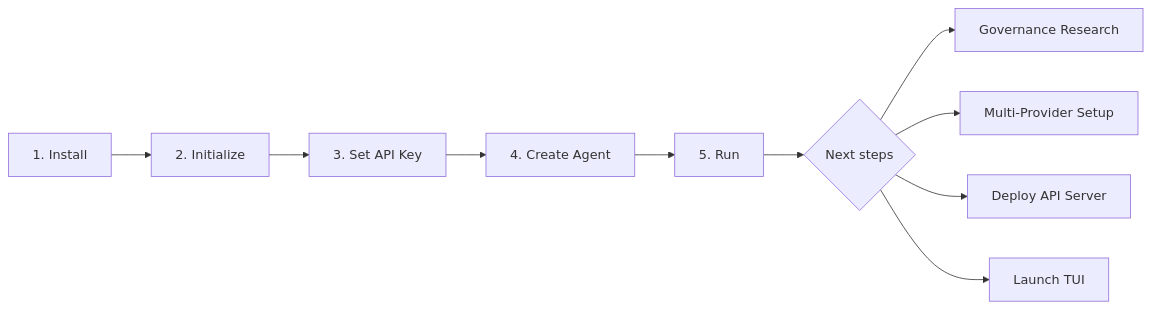
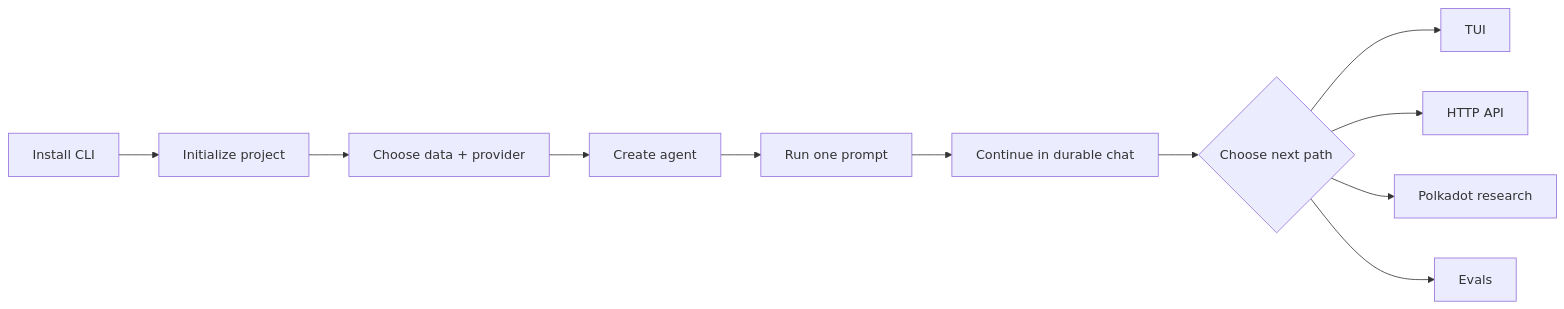
The first of 4 diagrams in docs/getting-started.md (wpank/polkagent), drawn with Mermaid before and after one commit. The commit also changed other lines of this file and 18 other files, not shown here.

````diff
--- a/docs/getting-started.md
+++ b/docs/getting-started.md
@@ -8,12 +12,13 @@
 ```mermaid
 flowchart LR
-    A["1. Install"] --> B["2. Initialize"]
-    B --> C["3. Set API Key"]
-    C --> D["4. Create Agent"]
-    D --> E["5. Run"]
-    E --> F{Next steps}
-    F --> G["Governance Research"]
-    F --> H["Multi-Provider Setup"]
-    F --> I["Deploy API Server"]
-    F --> J["Launch TUI"]
+    INSTALL["Install CLI"] --> PROJECT["Initialize project"]
+    PROJECT --> CONFIG["Choose data + provider"]
+    CONFIG --> AGENT["Create agent"]
+    AGENT --> RUN["Run one prompt"]
+    RUN --> CHAT["Continue in durable chat"]
+    CHAT --> NEXT{"Choose next path"}
+    NEXT --> TUI["TUI"]
+    NEXT --> API["HTTP API"]
+    NEXT --> CHAIN["Polkadot research"]
+    NEXT --> EVAL["Evals"]
 ```
````
